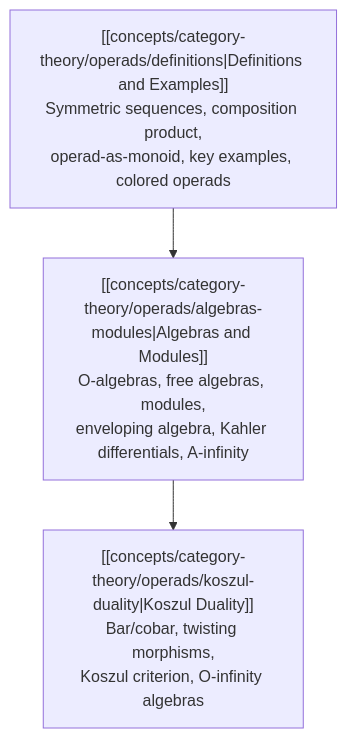
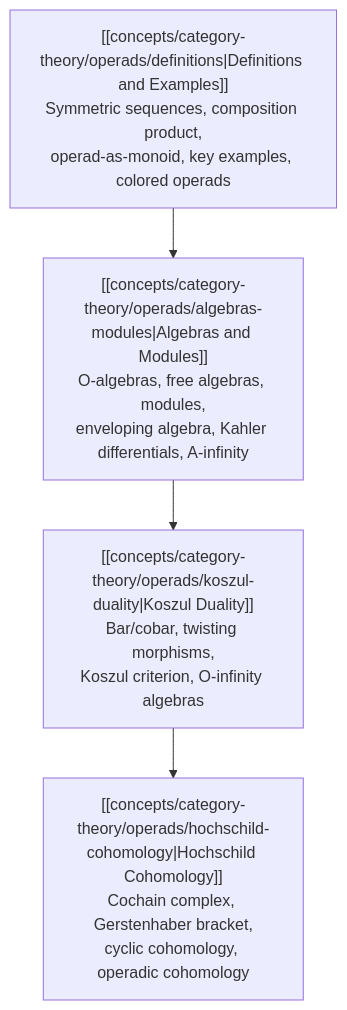
Before and after one commit to calwoo/research-notes: the diagram in concepts/category-theory/operads/overview.md, drawn with Mermaid. The commit also changed other lines of this file, not shown here.

Commit message:
docs: update operads overview — mark written notes, add Hochschild cohomology to plan

````diff
--- a/concepts/category-theory/operads/overview.md
+++ b/concepts/category-theory/operads/overview.md
@@ -69,9 +70,10 @@
 ```mermaid
 flowchart TD
     D["[[concepts/category-theory/operads/definitions|Definitions and Examples]]<br/>Symmetric sequences, composition product,<br/>operad-as-monoid, key examples, colored operads"]
     AM["[[concepts/category-theory/operads/algebras-modules|Algebras and Modules]]<br/>O-algebras, free algebras, modules,<br/>enveloping algebra, Kahler differentials, A-infinity"]
     KD["[[concepts/category-theory/operads/koszul-duality|Koszul Duality]]<br/>Bar/cobar, twisting morphisms,<br/>Koszul criterion, O-infinity algebras"]
 
     D --> AM
     AM --> KD
+    KD --> HC["[[concepts/category-theory/operads/hochschild-cohomology|Hochschild Cohomology]]<br/>Cochain complex, Gerstenhaber bracket,<br/>cyclic cohomology, operadic cohomology"]
 ```
````
